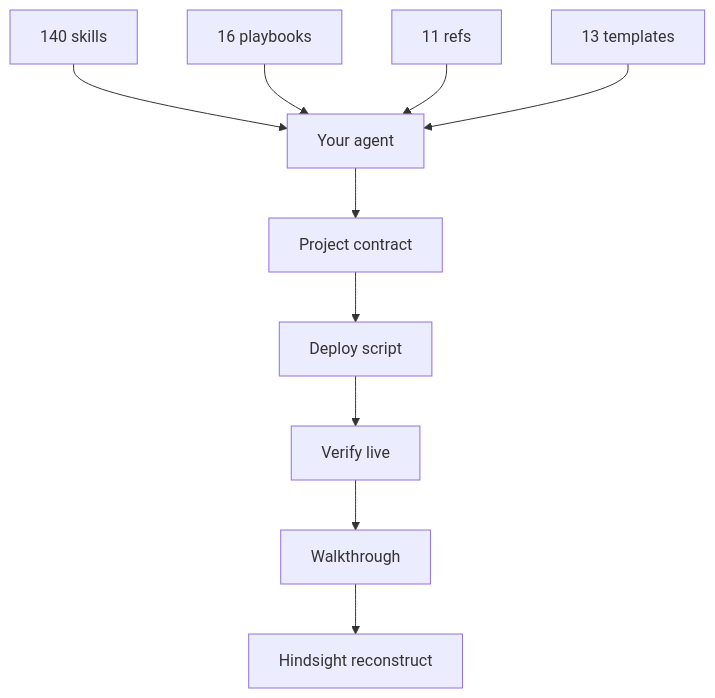
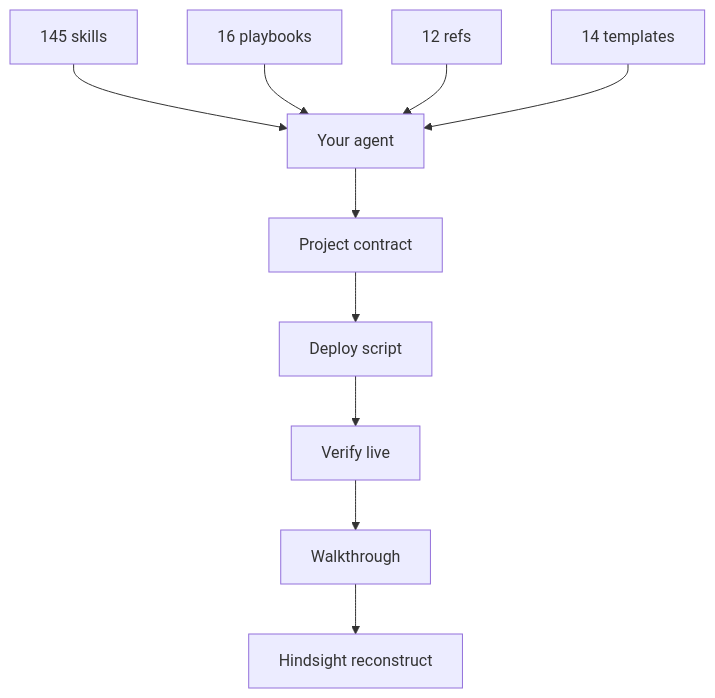
The third of 3 diagrams in README.md (Nonarkara/dr-non-vibecoding-skills), drawn with Mermaid before and after one commit. The commit also changed other lines of this file and 50 other files, not shown here.

````diff
--- a/README.md
+++ b/README.md
@@ -391,12 +420,12 @@
 ```mermaid
 flowchart TB
-  S["140 skills"] --> A["Your agent"]
+  S["145 skills"] --> A["Your agent"]
   P["16 playbooks"] --> A
-  R["11 refs"] --> A
-  T["13 templates"] --> A
+  R["12 refs"] --> A
+  T["14 templates"] --> A
   A --> W["Project contract"]
   W --> D["Deploy script"]
   D --> V["Verify live"]
   V --> H["Walkthrough"]
   H --> L["Hindsight reconstruct"]
 ```
````
